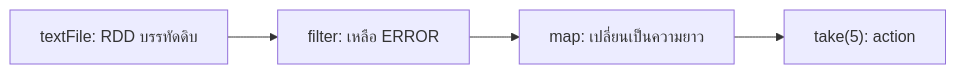
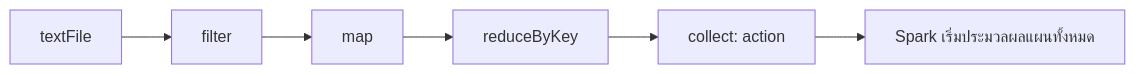
One commit to mdanmek/nida-dads-notes changed the second of 3 diagrams in dads6002-big-data-analytics/summary/05_spark.md. Above: the diagram before and after it, drawn with Mermaid. The commit also changed other lines of this file, not shown here.

````diff
--- a/dads6002-big-data-analytics/summary/05_spark.md
+++ b/dads6002-big-data-analytics/summary/05_spark.md
@@ -158,6 +106,8 @@
 ```mermaid
 flowchart LR
-    A["textFile: RDD บรรทัดดิบ"] --> B["filter: เหลือ ERROR"]
-    B --> C["map: เปลี่ยนเป็นความยาว"]
-    C --> D["take(5): action"]
+    A["textFile"] --> B["filter"]
+    B --> C["map"]
+    C --> D["reduceByKey"]
+    D --> E["collect: action"]
+    E --> F["Spark เริ่มประมวลผลแผนทั้งหมด"]
 ```
````
